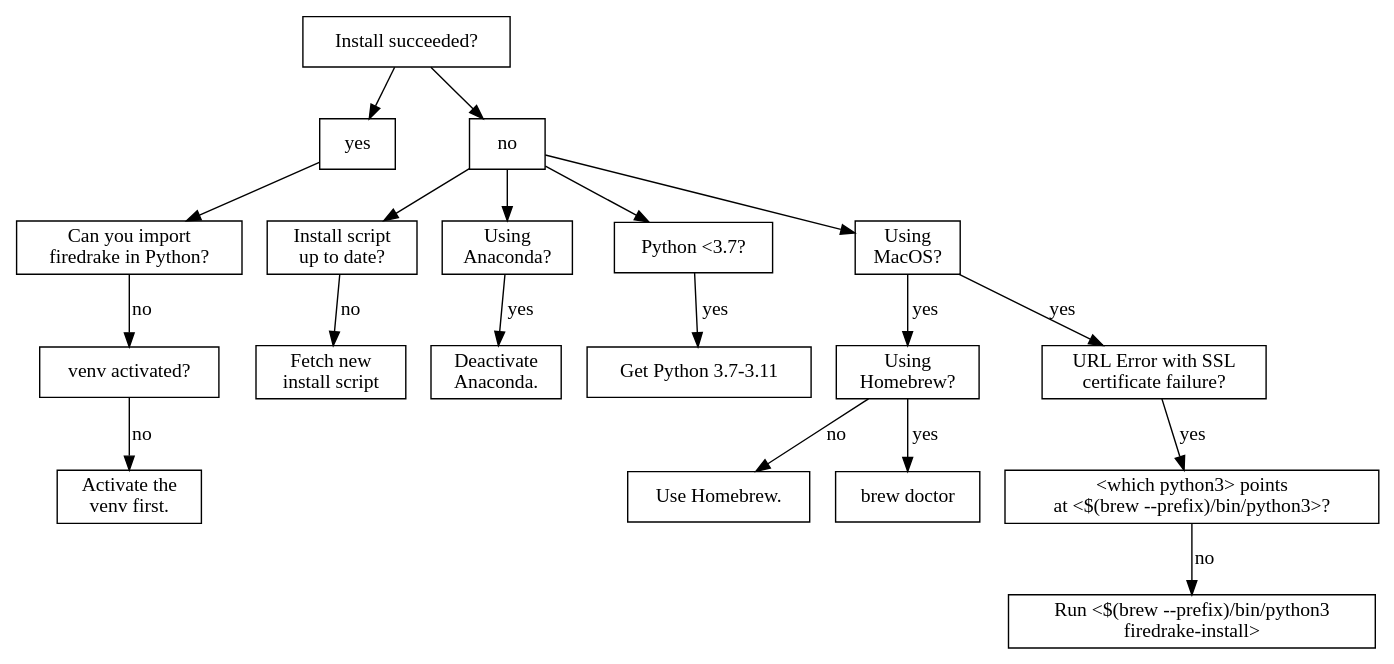
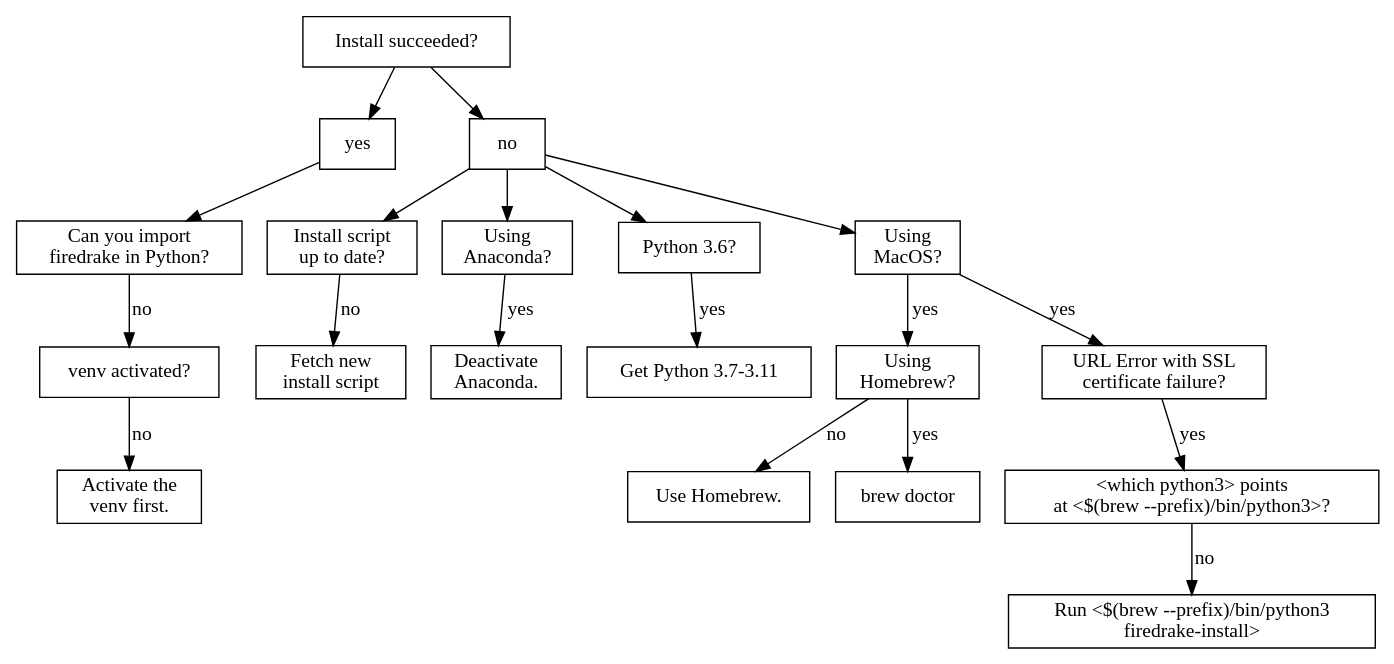
One commit to firedrakeproject/firedrake changed the diagram in docs/source/install-debug.dot. Above: the diagram before and after it, drawn with Graphviz. The commit also changed 1 other file, not shown here.

```diff
--- a/docs/source/install-debug.dot
+++ b/docs/source/install-debug.dot
@@ -1,41 +1,41 @@
 digraph triage {
     node [shape=rect];
 
     can_install [label="Install succeeded?"];
     install_succeeded [label="yes"];
     install_failed [label="no"];
     can_import [label="Can you import\nfiredrake in Python?"];
     venv_activated [label="venv activated?"];
     install_script_up_to_date [label="Install script\nup to date?"];
     using_anaconda [label="Using\nAnaconda?"];
-    python_version [label="Python <3.7?"];
+    python_version [label="Python 3.6?"];
     using_macos [label="Using\nMacOS?"];
     using_homebrew [label="Using\nHomebrew?"];
     url_error [label="URL Error with SSL\ncertificate failure?"];
     which_python [label="<which python3> points\nat <$(brew --prefix)/bin/python3>?"];
 
     activate_venv [label="Activate the\nvenv first."];
     uninstall_anaconda [label="Deactivate\nAnaconda."];
     update_python [label="Get Python 3.7-3.11"];
     update_install_script [label="Fetch new\ninstall script"];
     get_homebrew [label="Use Homebrew."];
     brew_doctor [label="brew doctor"];
     explicit_path [label="Run <$(brew --prefix)/bin/python3\n firedrake-install>"];
 
     can_install -> install_succeeded;
     install_succeeded -> can_import;
     can_import -> venv_activated [label="no"];
     venv_activated -> activate_venv [label="no"];
 
     can_install -> install_failed;
     install_failed -> {install_script_up_to_date, using_anaconda, python_version, using_macos};
     install_script_up_to_date -> update_install_script [label="no"];
     python_version -> update_python [label="yes"];
     using_anaconda -> uninstall_anaconda [label="yes"];
     using_macos -> using_homebrew [label="yes"];
     using_homebrew -> get_homebrew [label="no"];
     using_homebrew -> brew_doctor [label="yes"];
     using_macos -> url_error [label="yes"];
     url_error -> which_python [label="yes"];
     which_python -> explicit_path [label="no"];
 }
```
